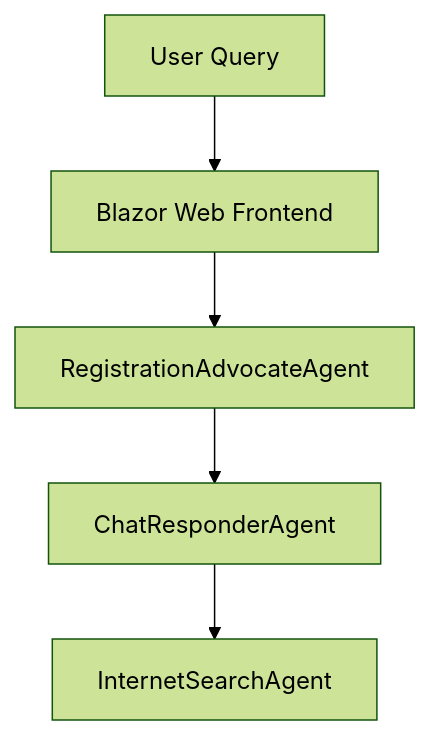
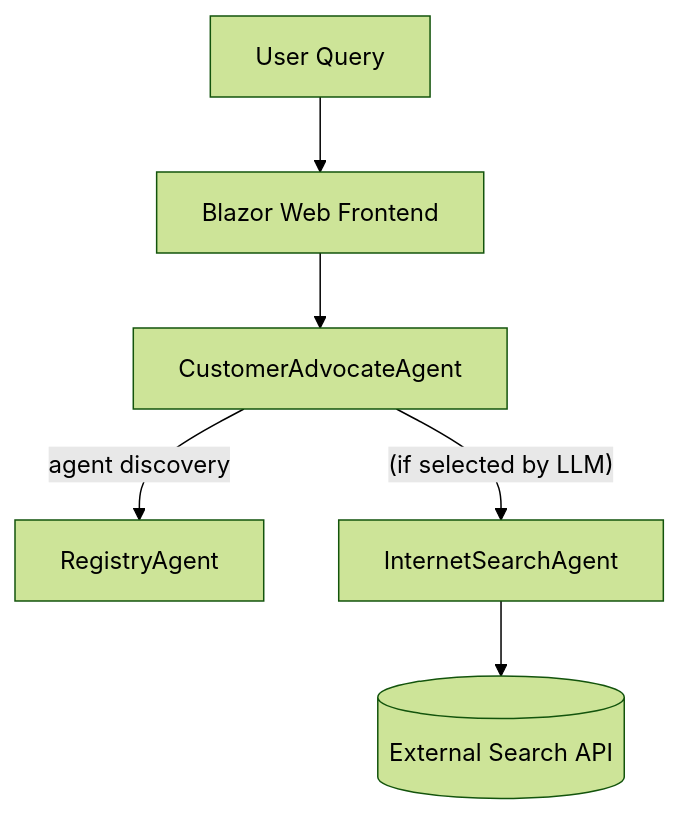
One commit to Donelle/Agent2Agent changed the first of 2 diagrams in Agent2Agent.AgentD/README.md. Above: the diagram before and after it, drawn with Mermaid (forest theme). The commit also changed other lines of this file and 8 other files, not shown here.

````diff
--- a/Agent2Agent.AgentD/README.md
+++ b/Agent2Agent.AgentD/README.md
@@ -17,7 +19,8 @@
 ```mermaid
 flowchart TD
     User[User Query] --> Web[Blazor Web Frontend]
-    Web --> AgentA[RegistrationAdvocateAgent]
-    AgentA --> AgentB[ChatResponderAgent]
-    AgentB --> AgentD[InternetSearchAgent]
+    Web --> CustomerAdvocate[CustomerAdvocateAgent]
+    CustomerAdvocate -- agent discovery --> RegistryAgent[RegistryAgent]
+    CustomerAdvocate -- (if selected by LLM) --> InternetSearchAgent
+    InternetSearchAgent --> ExtAPI[(External Search API)]
 ```
````
